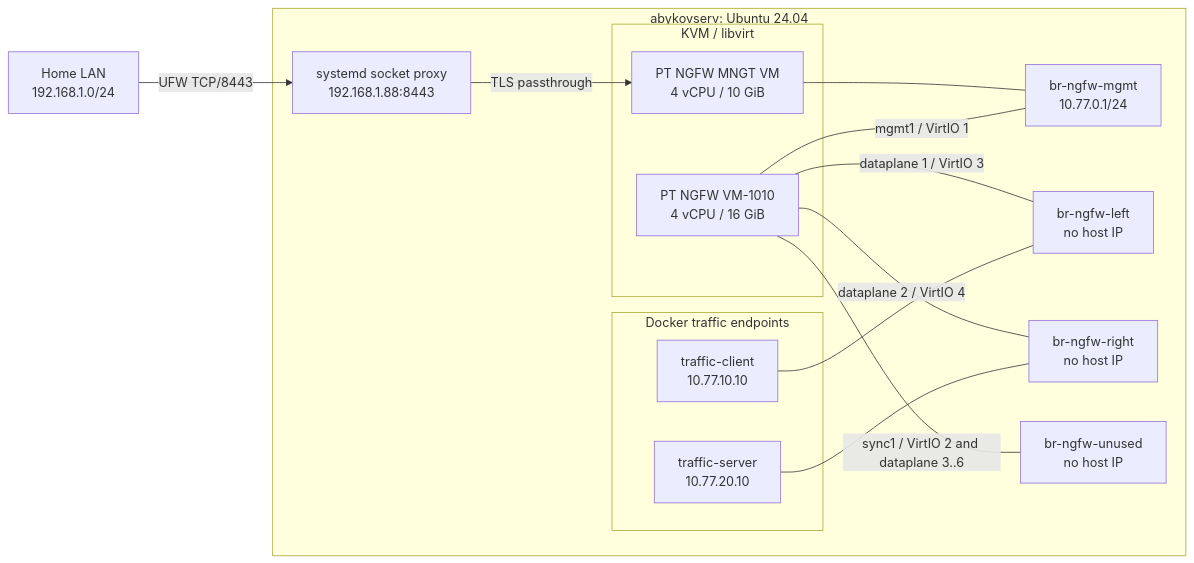
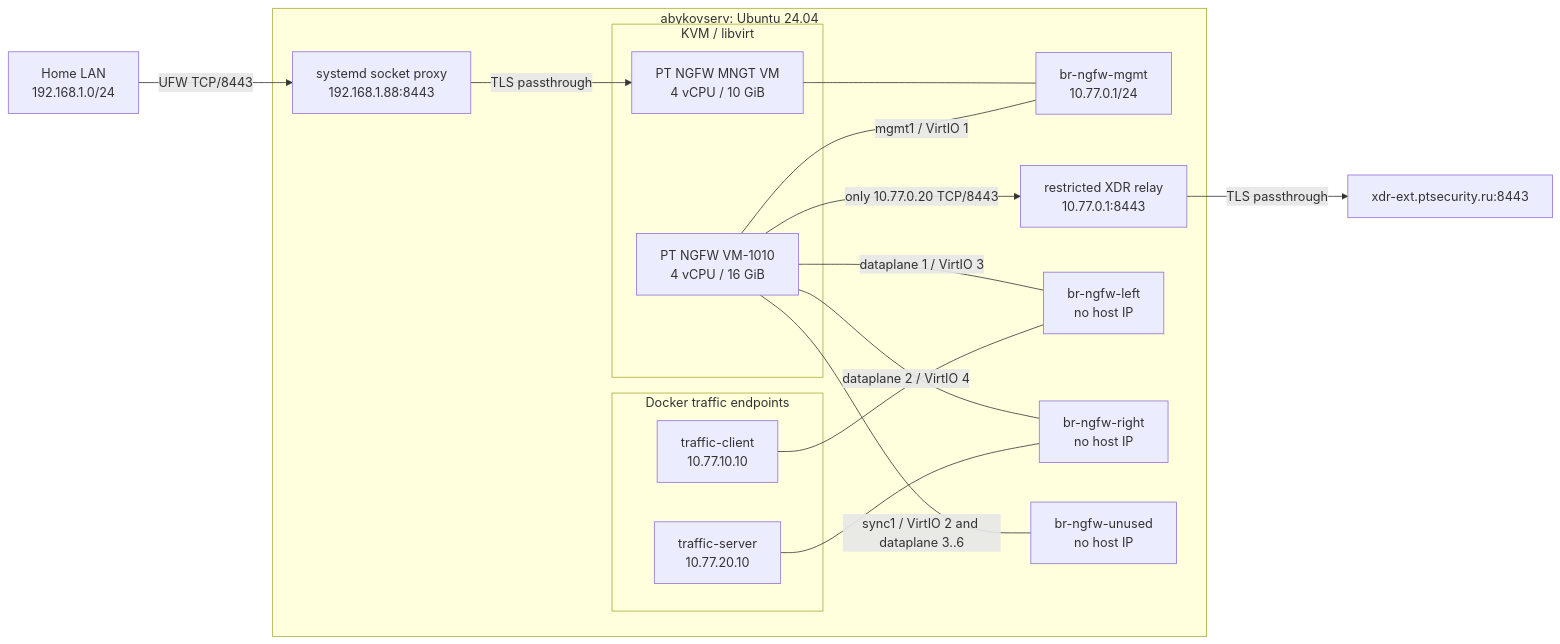
One commit to abykovwww-byte/ubuntu_ansible_palybooks changed the diagram in docs/ngfw-auditd-pilot.md. Above: the diagram before and after it, drawn with Mermaid. The commit also changed other lines of this file and 11 other files, not shown here.

````diff
--- a/docs/ngfw-auditd-pilot.md
+++ b/docs/ngfw-auditd-pilot.md
@@ -26,28 +26,31 @@
 ```mermaid
 flowchart LR
     subgraph H[abykovserv: Ubuntu 24.04]
       subgraph K[KVM / libvirt]
         M[PT NGFW MNGT VM\n4 vCPU / 10 GiB]
         F[PT NGFW VM-1010\n4 vCPU / 16 GiB]
       end
       subgraph D[Docker traffic endpoints]
         C[traffic-client\n10.77.10.10]
         S[traffic-server\n10.77.20.10]
       end
-      MG[br-ngfw-mgmt\n10.77.0.1/24]
-      P[systemd socket proxy\n192.168.1.88:8443]
+    MG[br-ngfw-mgmt\n10.77.0.1/24]
+    P[systemd socket proxy\n192.168.1.88:8443]
+    X[restricted XDR relay\n10.77.0.1:8443]
       L[br-ngfw-left\nno host IP]
       R[br-ngfw-right\nno host IP]
       U[br-ngfw-unused\nno host IP]
     end
 
     M --- MG
     P -->|TLS passthrough| M
     F -- mgmt1 / VirtIO 1 --- MG
     F -- dataplane 1 / VirtIO 3 --- L
     F -- dataplane 2 / VirtIO 4 --- R
     F -- sync1 / VirtIO 2 and dataplane 3..6 --- U
     C --- L
     S --- R
     LAN[Home LAN\n192.168.1.0/24] -->|UFW TCP/8443| P
+    F -->|only 10.77.0.20 TCP/8443| X
+    X -->|TLS passthrough| XDR[xdr-ext.ptsecurity.ru:8443]
 ```
````
